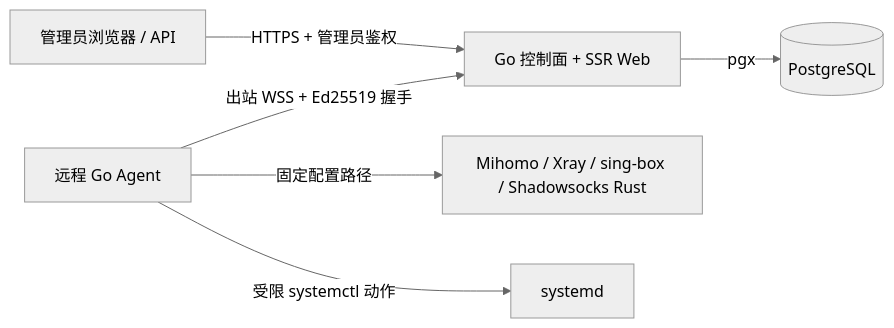
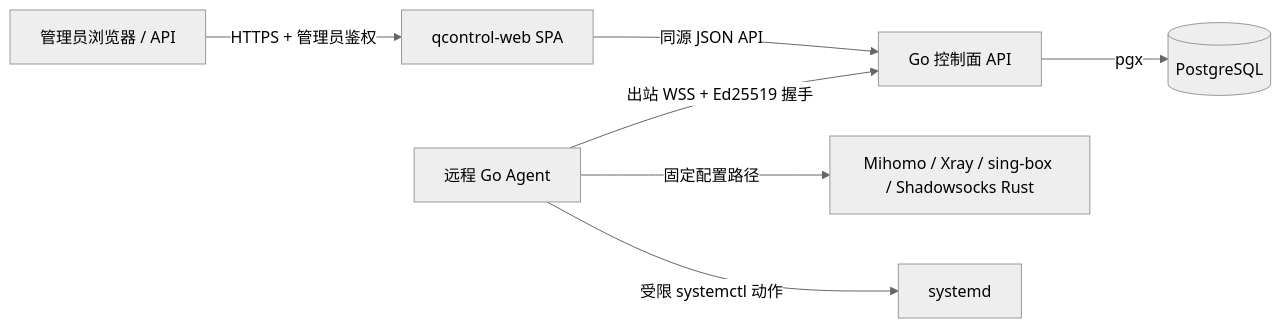
The diagram in README.md (qimaoww/QControlHub), drawn with Mermaid (neutral theme) before and after one commit. The commit also changed other lines of this file and 81 other files, not shown here.

First line of the commit message:
feat: complete QControlHub SPA migration

````diff
--- a/README.md
+++ b/README.md
@@ -28,8 +28,9 @@
 ```mermaid
 flowchart LR
-    Admin["管理员浏览器 / API"] -->|"HTTPS + 管理员鉴权"| CP["Go 控制面 + SSR Web"]
+    Admin["管理员浏览器 / API"] -->|"HTTPS + 管理员鉴权"| WEB["qcontrol-web SPA"]
+    WEB -->|"同源 JSON API"| CP["Go 控制面 API"]
     CP -->|"pgx"| PG[("PostgreSQL")]
     Agent["远程 Go Agent"] -->|"出站 WSS + Ed25519 握手"| CP
     Agent -->|"固定配置路径"| Engines["Mihomo / Xray / sing-box / Shadowsocks Rust"]
     Agent -->|"受限 systemctl 动作"| Systemd["systemd"]
 ```
````
